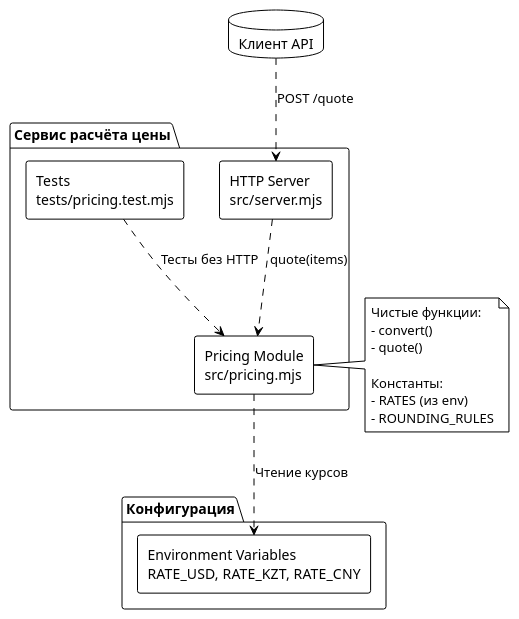
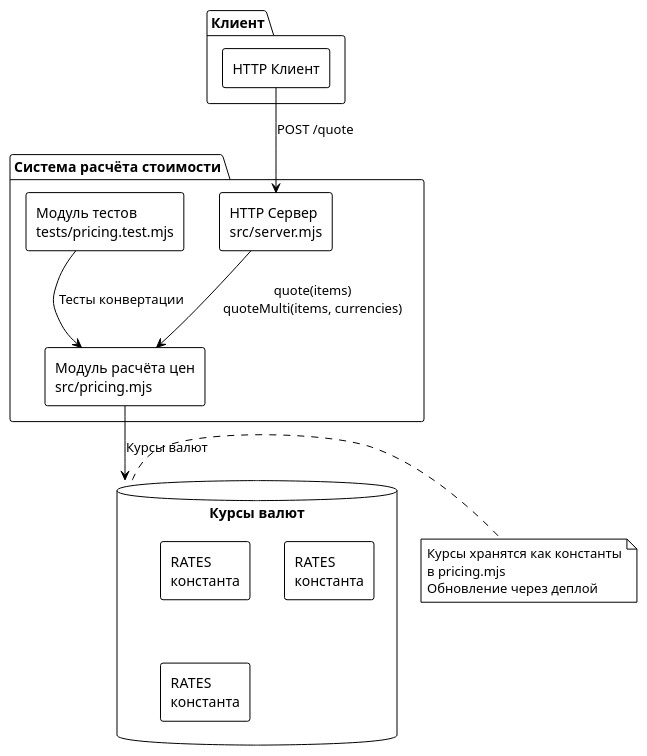
One commit to po-helper-org/poh-demo-checkout changed the first of 3 diagrams in sa_documentation/FNR/FNR_1/system_requirements.md. Above: the diagram before and after it, drawn with PlantUML. The commit also changed other lines of this file, not shown here.

Commit message:
docs(sa): анализ issue #11 через SA-helper

````diff
--- a/sa_documentation/FNR/FNR_1/system_requirements.md
+++ b/sa_documentation/FNR/FNR_1/system_requirements.md
@@ -110,34 +151,34 @@
 ```plantuml
 @startuml
 !theme plain
 skinparam componentStyle rectangle
 
-package "Сервис расчёта цены" {
-  [HTTP Server\nsrc/server.mjs] as Server
-  [Pricing Module\nsrc/pricing.mjs] as Pricing
-  [Tests\ntests/pricing.test.mjs] as Tests
+package "Система расчёта стоимости" {
+  [HTTP Сервер\nsrc/server.mjs] as Server
+  [Модуль расчёта цен\nsrc/pricing.mjs] as Pricing
+  [Модуль тестов\ntests/pricing.test.mjs] as Tests
 }
 
-package "Конфигурация" {
-  [Environment Variables\nRATE_USD, RATE_KZT, RATE_CNY] as Env
+package "Клиент" {
+  [HTTP Клиент] as Client
 }
 
-database "Клиент API" as Client
+database "Курсы валют" as Rates {
+  component [RATES\nконстанта] as USD
+  component [RATES\nконстанта] as KZT
+  component [RATES\nконстанта] as CNY
+}
 
-Client ..> Server : POST /quote
-Server ..> Pricing : quote(items)
-Pricing ..> Env : Чтение курсов
-Tests ..> Pricing : Тесты без HTTP
+Client --> Server : POST /quote
+Server --> Pricing : quote(items)\nquoteMulti(items, currencies)
+Pricing --> Rates : Курсы валют
+Tests --> Pricing : Тесты конвертации
 
-note right of Pricing
-  Чистые функции:
-  - convert()
-  - quote()
-  
-  Константы:
-  - RATES (из env)
-  - ROUNDING_RULES
+note right of Rates
+  Курсы хранятся как константы
+  в pricing.mjs
+  Обновление через деплой
 end note
 
 @enduml
 ```
````
